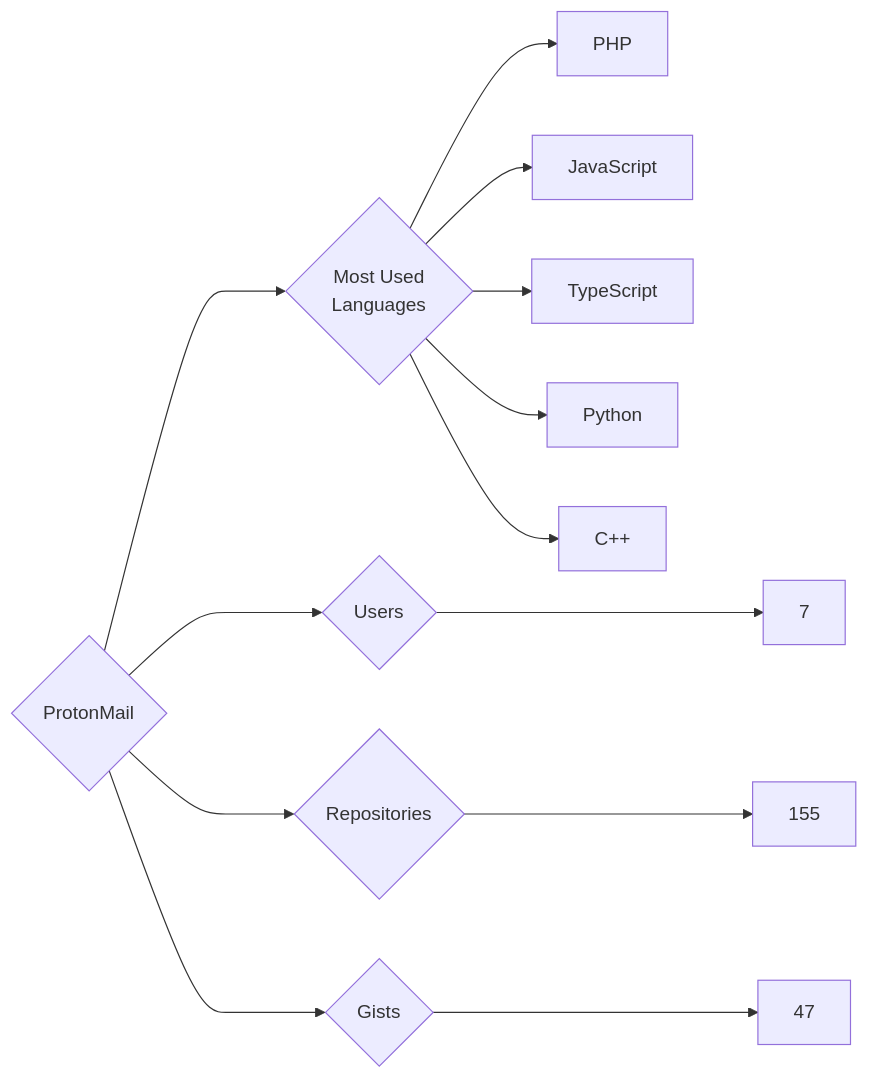
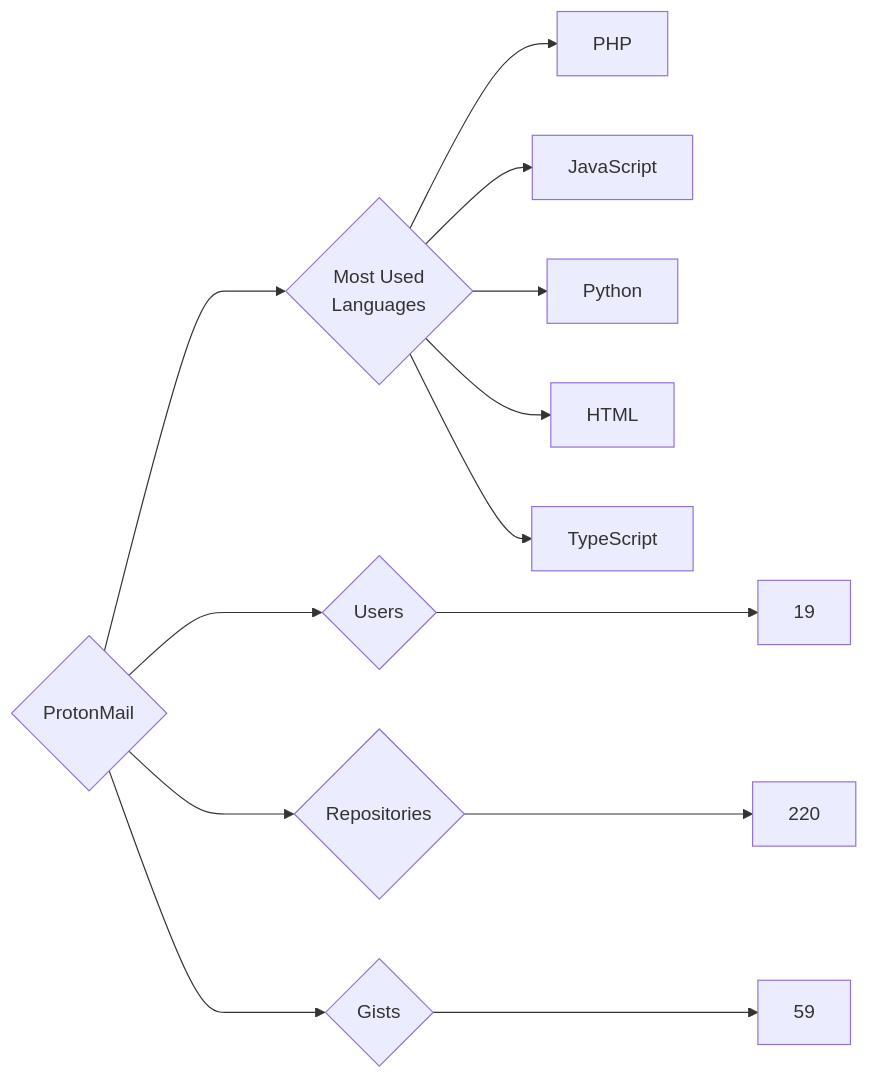
Before and after one commit to trickest/insiders: the diagram in targets/ProtonMail/README.md, drawn with Mermaid. The commit also changed 972 other files, not shown here.

````diff
--- a/targets/ProtonMail/README.md
+++ b/targets/ProtonMail/README.md
@@ -3,13 +3,13 @@
 ```mermaid
 graph LR
 COMPANY_NAME{ProtonMail}
-COMPANY_NAME ---> U{Users} ---> UN[7]
-COMPANY_NAME ---> R{Repositories} ---> RN[155]
-COMPANY_NAME ---> G{Gists} ---> GN[47]
+COMPANY_NAME ---> U{Users} ---> UN[19]
+COMPANY_NAME ---> R{Repositories} ---> RN[220]
+COMPANY_NAME ---> G{Gists} ---> GN[59]
 COMPANY_NAME ---> ML{Most Used<br>Languages}
 ML --> PHP[PHP]
 ML --> JavaScript[JavaScript]
+ML --> Python[Python]
+ML --> HTML[HTML]
 ML --> TypeScript[TypeScript]
-ML --> Python[Python]
-ML --> C++[C++]
 ```
````
